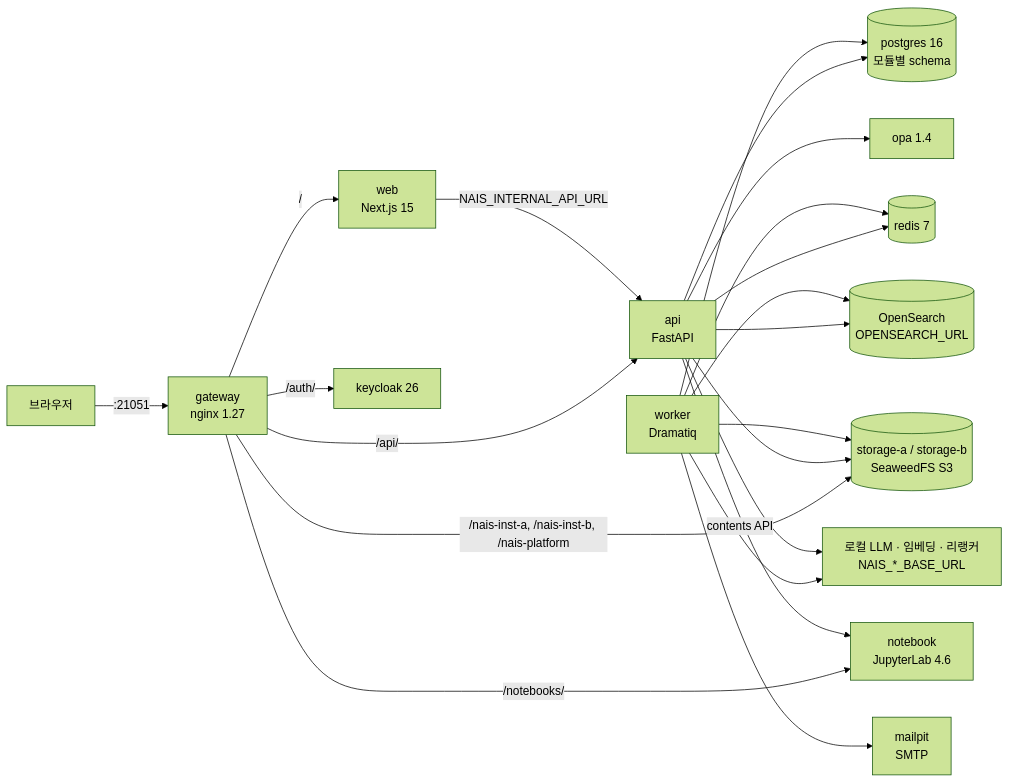
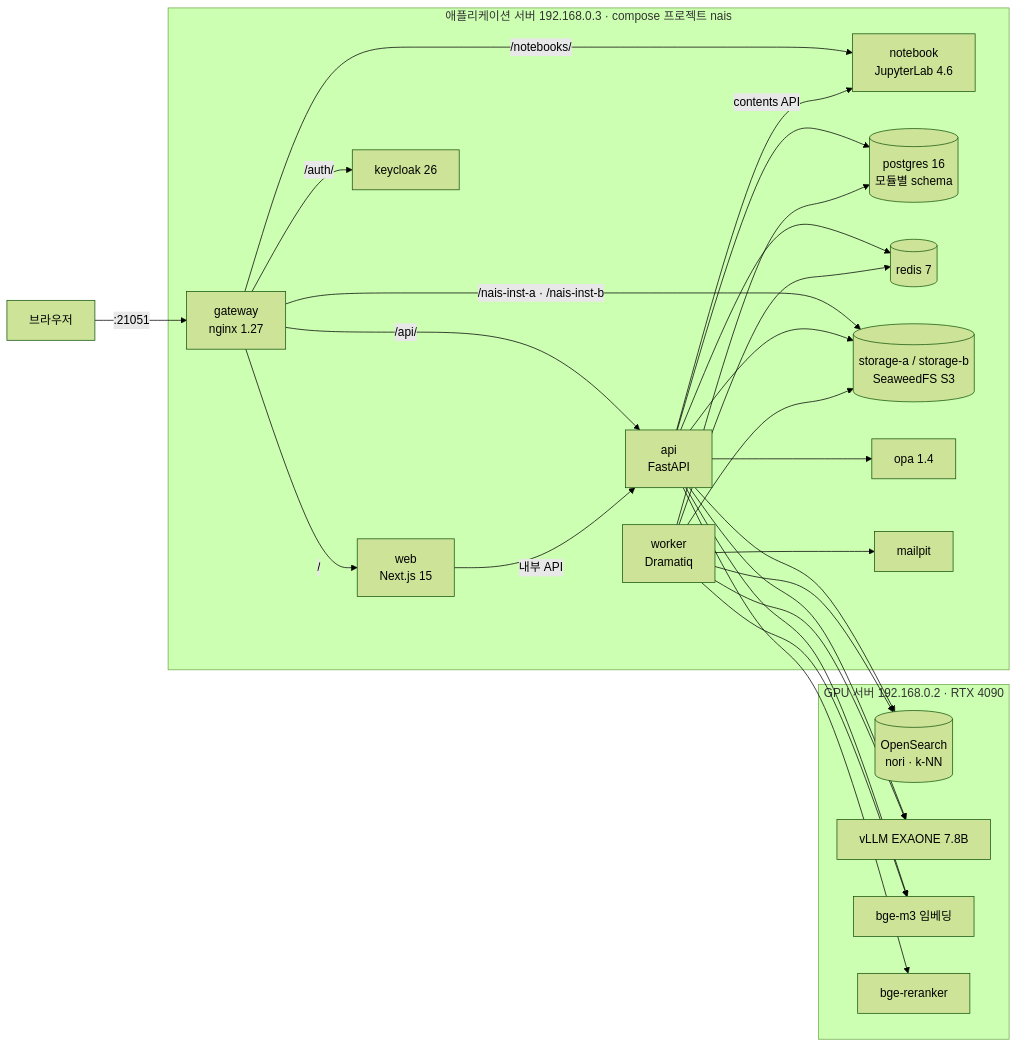
The diagram in README.md (nigel1513/nais-nexus), drawn with Mermaid (forest theme) before and after one commit. The commit also changed other lines of this file and 13 other files, not shown here.

````diff
--- a/README.md
+++ b/README.md
@@ -46,23 +107,32 @@
 ```mermaid
 flowchart LR
-  B[브라우저] -->|:21051| GW[gateway<br/>nginx 1.27]
-  GW -->|/| WEB[web<br/>Next.js 15]
-  GW -->|/api/| API[api<br/>FastAPI]
-  GW -->|/auth/| KC[keycloak 26]
-  GW -->|/notebooks/| NB[notebook<br/>JupyterLab 4.6]
-  GW -->|/nais-inst-a, /nais-inst-b, /nais-platform| S3[(storage-a / storage-b<br/>SeaweedFS S3)]
-  WEB -->|NAIS_INTERNAL_API_URL| API
-  API --> PG[(postgres 16<br/>모듈별 schema)]
-  API --> RD[(redis 7)]
-  API --> S3
-  API --> OS[(OpenSearch<br/>OPENSEARCH_URL)]
-  API --> OPA[opa 1.4]
+  B[브라우저] -->|:21051| GW
+  subgraph SRV[애플리케이션 서버 192.168.0.3 · compose 프로젝트 nais]
+    GW[gateway<br/>nginx 1.27]
+    WEB[web<br/>Next.js 15]
+    API[api<br/>FastAPI]
+    WK[worker<br/>Dramatiq]
+    KC[keycloak 26]
+    NB[notebook<br/>JupyterLab 4.6]
+    PG[(postgres 16<br/>모듈별 schema)]
+    RD[(redis 7)]
+    S3[(storage-a / storage-b<br/>SeaweedFS S3)]
+    OPA[opa 1.4]
+    MP[mailpit]
+  end
+  subgraph GPU[GPU 서버 192.168.0.2 · RTX 4090]
+    OS[(OpenSearch<br/>nori · k-NN)]
+    LLM[vLLM EXAONE 7.8B]
+    EMB[bge-m3 임베딩]
+    RR[bge-reranker]
+  end
+  GW -->|/| WEB
+  GW -->|/api/| API
+  GW -->|/auth/| KC
+  GW -->|/notebooks/| NB
+  GW -->|/nais-inst-a · /nais-inst-b| S3
+  WEB -->|내부 API| API
+  API --> PG & RD & S3 & OPA & OS & LLM & EMB & RR
   API -->|contents API| NB
-  WK[worker<br/>Dramatiq] --> PG
-  WK --> RD
-  WK --> S3
-  WK --> OS
-  WK --> LLM[로컬 LLM · 임베딩 · 리랭커<br/>NAIS_*_BASE_URL]
-  WK --> MP[mailpit<br/>SMTP]
-  API --> LLM
+  WK --> PG & RD & S3 & OS & LLM & EMB & MP
 ```
````
